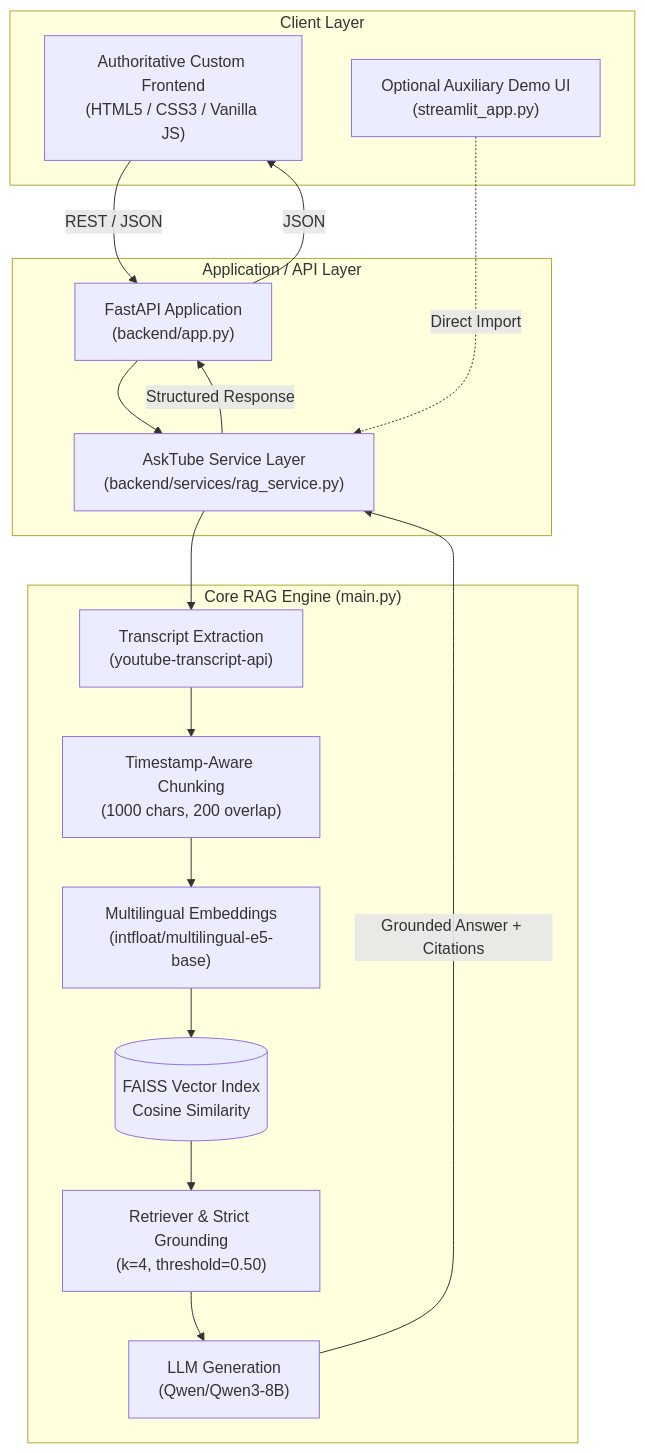
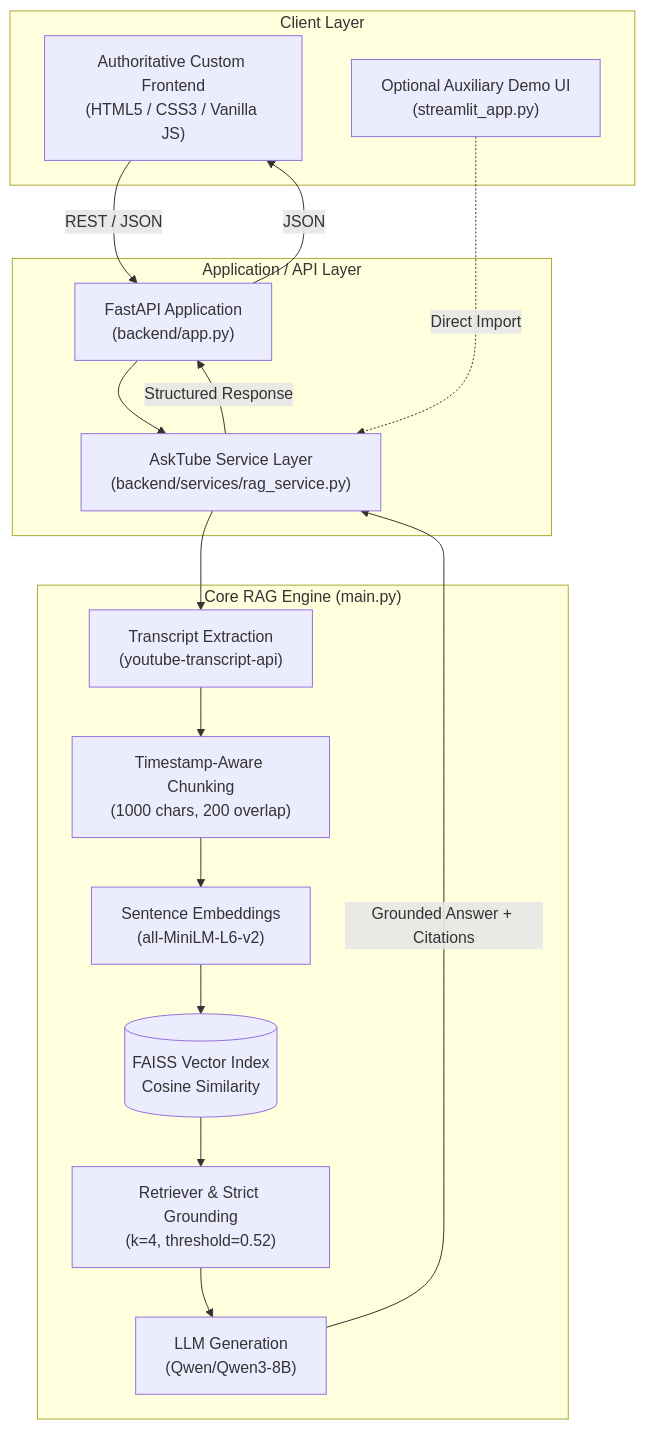
Before and after one commit to hitesh-2005/AskTube: the diagram in README.md, drawn with Mermaid. The commit also changed other lines of this file and 8 other files, not shown here.

````diff
--- a/README.md
+++ b/README.md
@@ -17,29 +17,29 @@
 ```mermaid
 flowchart TD
     subgraph Client ["Client Layer"]
         A["Authoritative Custom Frontend<br/>(HTML5 / CSS3 / Vanilla JS)"]
         S["Optional Auxiliary Demo UI<br/>(streamlit_app.py)"]
     end
 
     subgraph API ["Application / API Layer"]
         B["FastAPI Application<br/>(backend/app.py)"]
         C["AskTube Service Layer<br/>(backend/services/rag_service.py)"]
     end
 
     subgraph Core ["Core RAG Engine (main.py)"]
         D["Transcript Extraction<br/>(youtube-transcript-api)"]
         E["Timestamp-Aware Chunking<br/>(1000 chars, 200 overlap)"]
-        F["Multilingual Embeddings<br/>(intfloat/multilingual-e5-base)"]
+        F["Sentence Embeddings<br/>(all-MiniLM-L6-v2)"]
         G[("FAISS Vector Index<br/>Cosine Similarity")]
-        H["Retriever & Strict Grounding<br/>(k=4, threshold=0.50)"]
+        H["Retriever & Strict Grounding<br/>(k=4, threshold=0.52)"]
         I["LLM Generation<br/>(Qwen/Qwen3-8B)"]
     end
 
     A -->|REST / JSON| B
     B --> C
     S -.->|Direct Import| C
     C --> D --> E --> F --> G --> H --> I
     I -->|Grounded Answer + Citations| C
     C -->|Structured Response| B
     B -->|JSON| A
 ```
````
